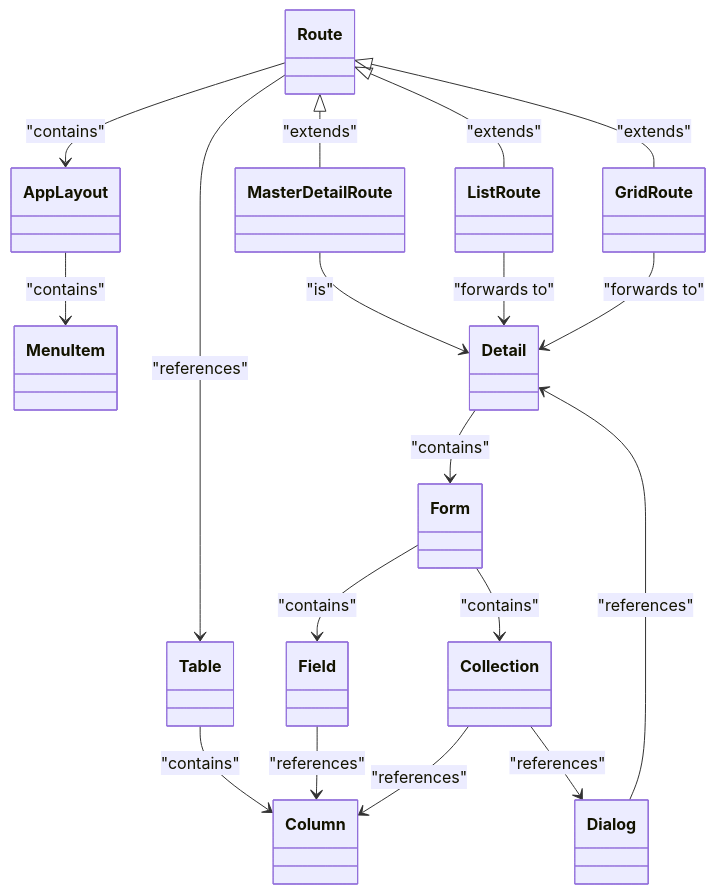
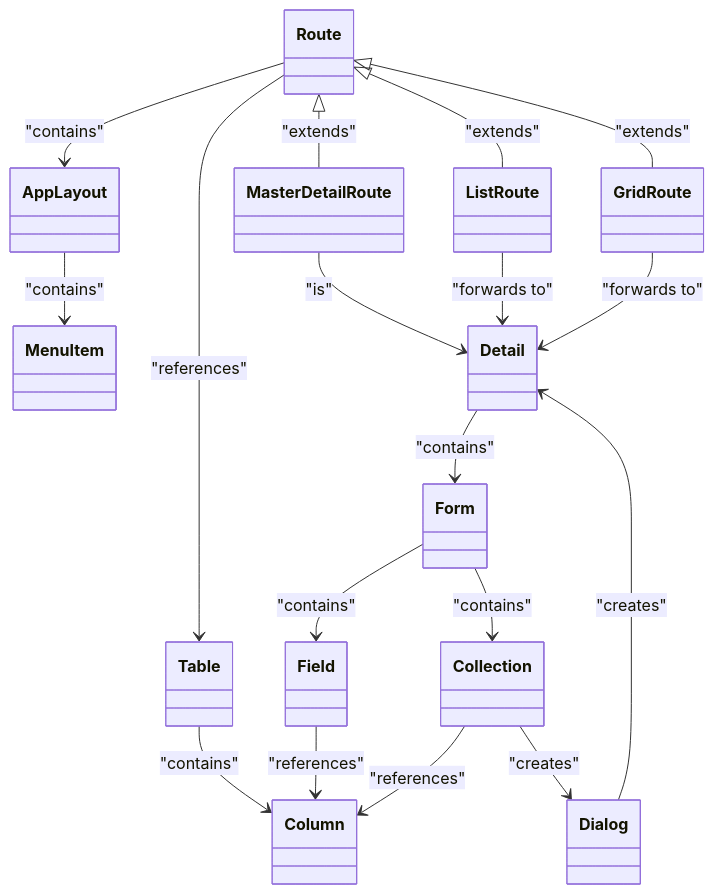
The diagram in README.md (appreciated/vortex-crud), drawn with Mermaid before and after one commit.

Commit message:
Aktualisiere README

````diff
--- a/README.md
+++ b/README.md
@@ -80,59 +80,59 @@
 ```mermaid
 classDiagram
    class Table {
    }
 
    class Column {
    }
 
    class Route {
    }
 
    class AppLayout {
    }
 
    class MenuItem {
    }
 
    class MasterDetailRoute {
    }
 
    class ListRoute {
    }
 
    class GridRoute {
    }
 
    class Detail {
    }
 
    class Form {
    }
 
    class Field {
    }
 
    class Collection {
    }
 
    class Dialog {
    }
 
    Route <|-- MasterDetailRoute: "extends"
    Route <|-- ListRoute: "extends"
    Route <|-- GridRoute: "extends"
    Route --> AppLayout: "contains"
    AppLayout --> MenuItem: "contains"
    MasterDetailRoute --> Detail: "is"
    ListRoute --> Detail: "forwards to"
    GridRoute --> Detail: "forwards to"
    Detail --> Form: "contains"
    Form --> Field: "contains"
    Form --> Collection: "contains"
    Route --> Table: "references"
    Table --> Column: "contains"
    Field --> Column: "references"
    Collection --> Column: "references"
-   Collection --> Dialog: "references"
-   Dialog --> Detail: "references"
+   Collection --> Dialog: "creates"
+   Dialog --> Detail: "creates"
 ```
````
